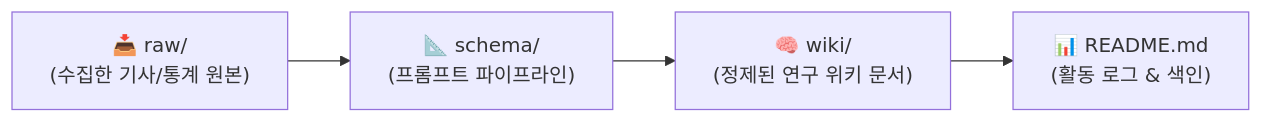
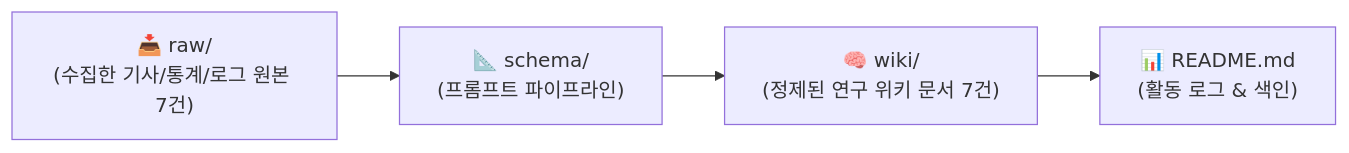
The diagram in 김민주/README.md (semi282/AMANBO), drawn with Mermaid before and after one commit. The commit also changed other lines of this file and 16 other files, not shown here.

````diff
--- a/김민주/README.md
+++ b/김민주/README.md
@@ -33,6 +34,6 @@
 ```mermaid
 flowchart LR
-    A["📥 raw/<br>(수집한 기사/통계 원본)"] --> B["📐 schema/<br>(프롬프트 파이프라인)"]
-    B --> C["🧠 wiki/<br>(정제된 연구 위키 문서)"]
+    A["📥 raw/<br>(수집한 기사/통계/로그 원본 7건)"] --> B["📐 schema/<br>(프롬프트 파이프라인)"]
+    B --> C["🧠 wiki/<br>(정제된 연구 위키 문서 7건)"]
     C --> D["📊 README.md<br>(활동 로그 & 색인)"]
 ```
````
